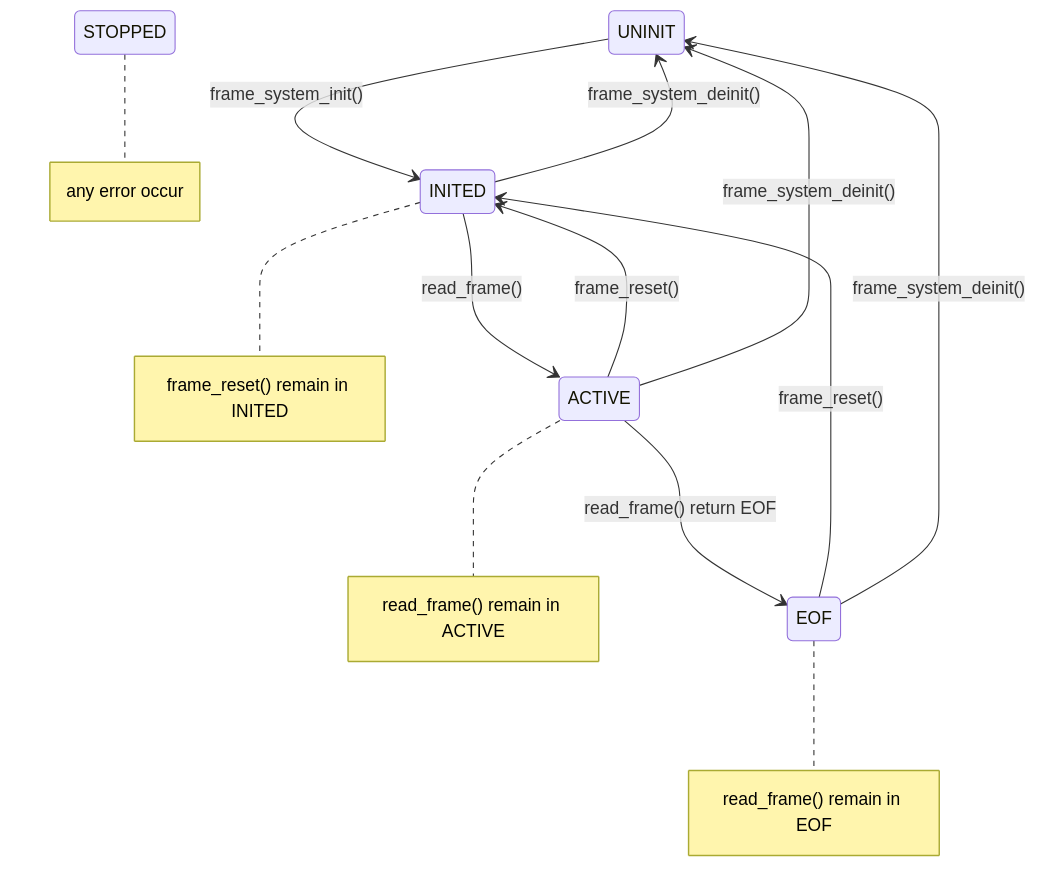
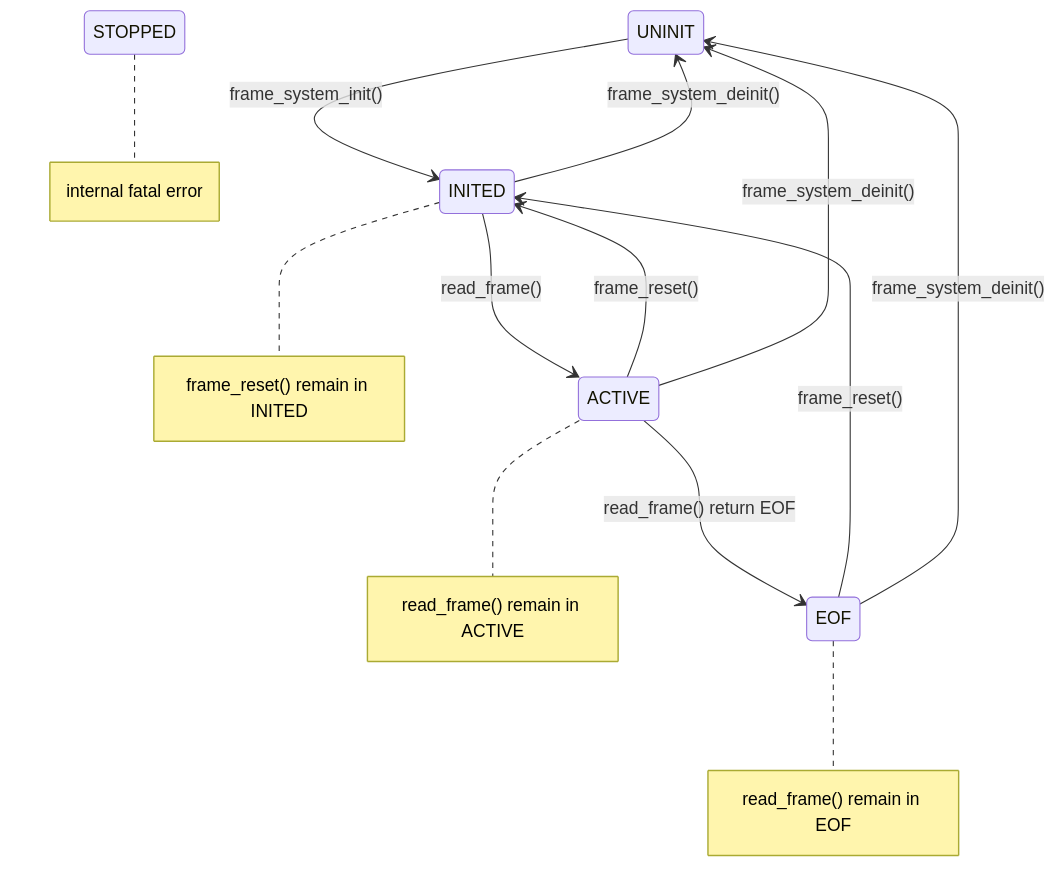
One commit to YuHsuan0116/LightDance_Firmware changed the diagram in LPS/components/PT_Reader/README.md. Above: the diagram before and after it, drawn with Mermaid. The commit also changed other lines of this file, not shown here.

Commit message:
modified return error type error and task halt

````diff
--- a/LPS/components/PT_Reader/README.md
+++ b/LPS/components/PT_Reader/README.md
@@ -16,30 +18,30 @@
 ```mermaid
 stateDiagram-v2
 direction TB
     
     UNINIT --> INITED: frame_system_init()
 
     INITED --> ACTIVE: read_frame()
 
     note right of INITED: frame_reset() remain in INITED
     
     note right of ACTIVE: read_frame() remain in ACTIVE
     
     ACTIVE --> EOF: read_frame() return EOF
 
     ACTIVE --> INITED: frame_reset()
 
     ACTIVE --> UNINIT: frame_system_deinit()
 
     note right of EOF: read_frame() remain in EOF
     
     EOF --> INITED: frame_reset()
     
     EOF --> UNINIT: frame_system_deinit()
 
     INITED --> UNINIT: frame_system_deinit()
 
     STOPPED
 
-    note right of STOPPED: any error occur
+    note right of STOPPED: internal fatal error
 ```
````
